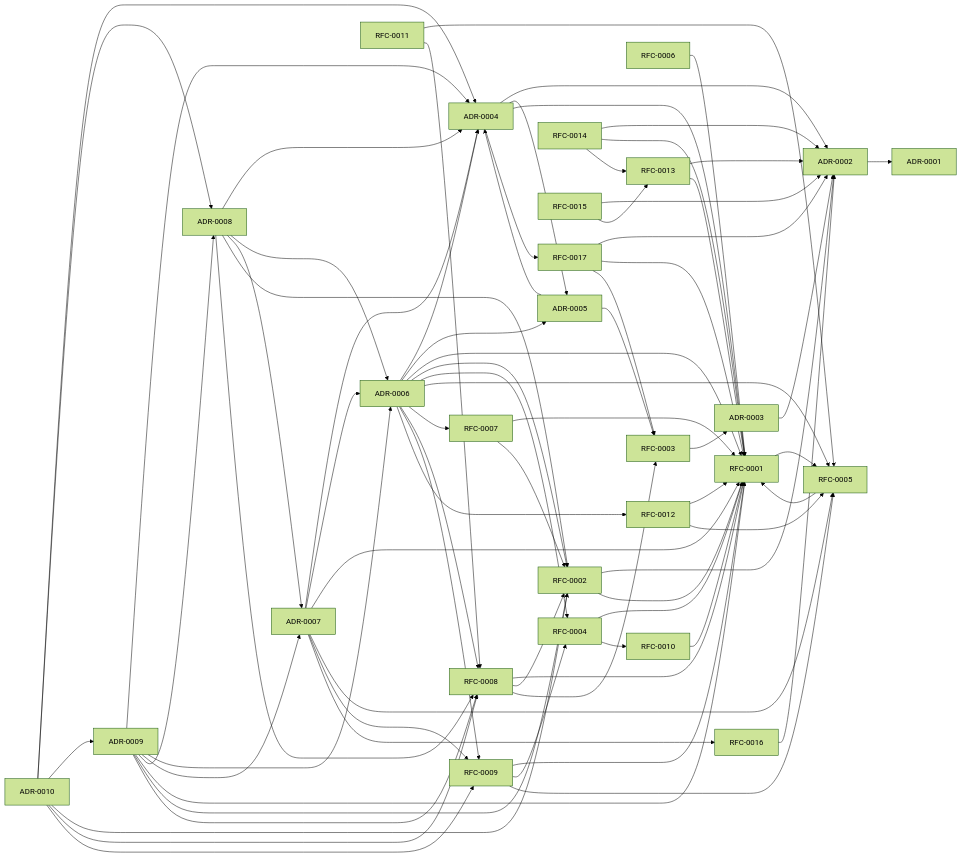
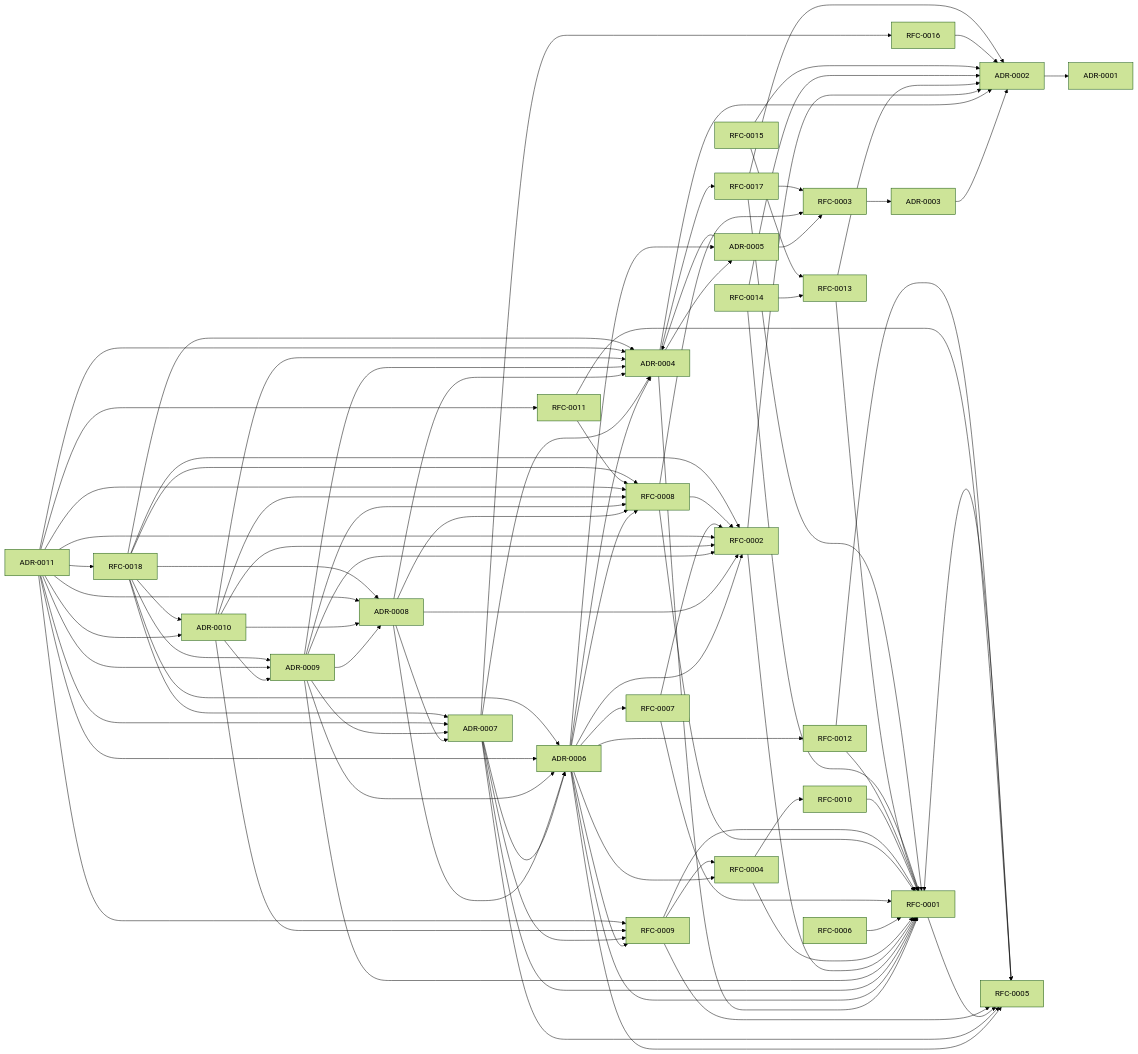
The diagram in docs/derived/DOCUMENT_GRAPH.md (brilliantgibrann16/frontier-creative-os), drawn with Mermaid (forest theme) before and after one commit. The commit also changed other lines of this file and 2 other files, not shown here.

Commit message:
Docs: regenerate derived corpus for RFC-0018/ADR-0011 (generator-only)
Refs #7

````diff
--- a/docs/derived/DOCUMENT_GRAPH.md
+++ b/docs/derived/DOCUMENT_GRAPH.md
@@ -83,6 +85,7 @@
   ADR0008["ADR-0008"]
   ADR0009["ADR-0009"]
   ADR0010["ADR-0010"]
+  ADR0011["ADR-0011"]
   RFC0001["RFC-0001"]
   RFC0002["RFC-0002"]
   RFC0003["RFC-0003"]
@@ -100,6 +103,7 @@
   RFC0015["RFC-0015"]
   RFC0016["RFC-0016"]
   RFC0017["RFC-0017"]
+  RFC0018["RFC-0018"]
   ADR0002 --> ADR0001
   ADR0003 --> ADR0002
   ADR0004 --> ADR0002
@@ -142,6 +146,17 @@
   ADR0010 --> RFC0002
   ADR0010 --> RFC0008
   ADR0010 --> RFC0009
+  ADR0011 --> ADR0004
+  ADR0011 --> ADR0006
+  ADR0011 --> ADR0007
+  ADR0011 --> ADR0008
+  ADR0011 --> ADR0009
+  ADR0011 --> ADR0010
+  ADR0011 --> RFC0002
+  ADR0011 --> RFC0008
+  ADR0011 --> RFC0009
+  ADR0011 --> RFC0011
+  ADR0011 --> RFC0018
   RFC0001 --> RFC0005
   RFC0002 --> ADR0002
   RFC0002 --> RFC0001
@@ -174,4 +189,12 @@
   RFC0017 --> ADR0002
   RFC0017 --> RFC0001
   RFC0017 --> RFC0003
+  RFC0018 --> ADR0004
+  RFC0018 --> ADR0006
+  RFC0018 --> ADR0007
+  RFC0018 --> ADR0008
+  RFC0018 --> ADR0009
+  RFC0018 --> ADR0010
+  RFC0018 --> RFC0002
+  RFC0018 --> RFC0008
 ```
````
